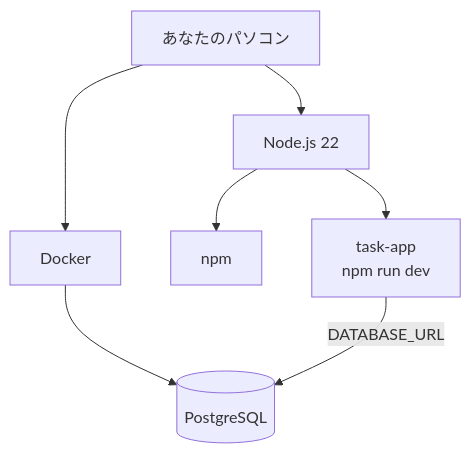
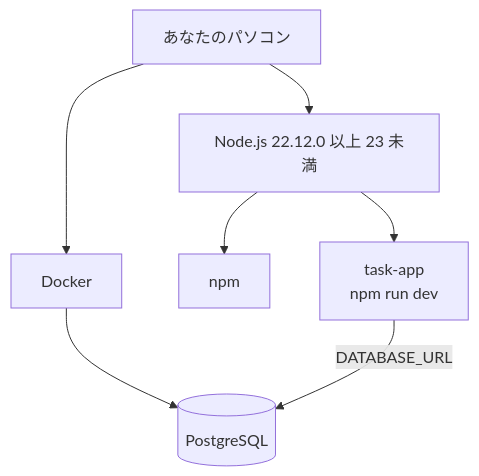
The first of 2 diagrams in material/30days-curriculum/day01_開発環境を整えて、初めてのアプリを動かそう.md (kouiso/task-app), drawn with Mermaid before and after one commit. The commit also changed other lines of this file and 345 other files, not shown here.

````diff
--- a/material/30days-curriculum/day01_開発環境を整えて、初めてのアプリを動かそう.md
+++ b/material/30days-curriculum/day01_開発環境を整えて、初めてのアプリを動かそう.md
@@ -125,10 +164,10 @@
 ```mermaid
 flowchart TB
     PC["あなたのパソコン"]
-    PC --> NODE["Node.js 22"]
+    PC --> NODE["Node.js 22.12.0 以上 23 未満"]
     PC --> DOCKER["Docker"]
     NODE --> NPM["npm"]
     NODE --> APP["task-app<br/>npm run dev"]
     DOCKER --> PG[("PostgreSQL")]
     APP -->|"DATABASE_URL"| PG
 ```
````
